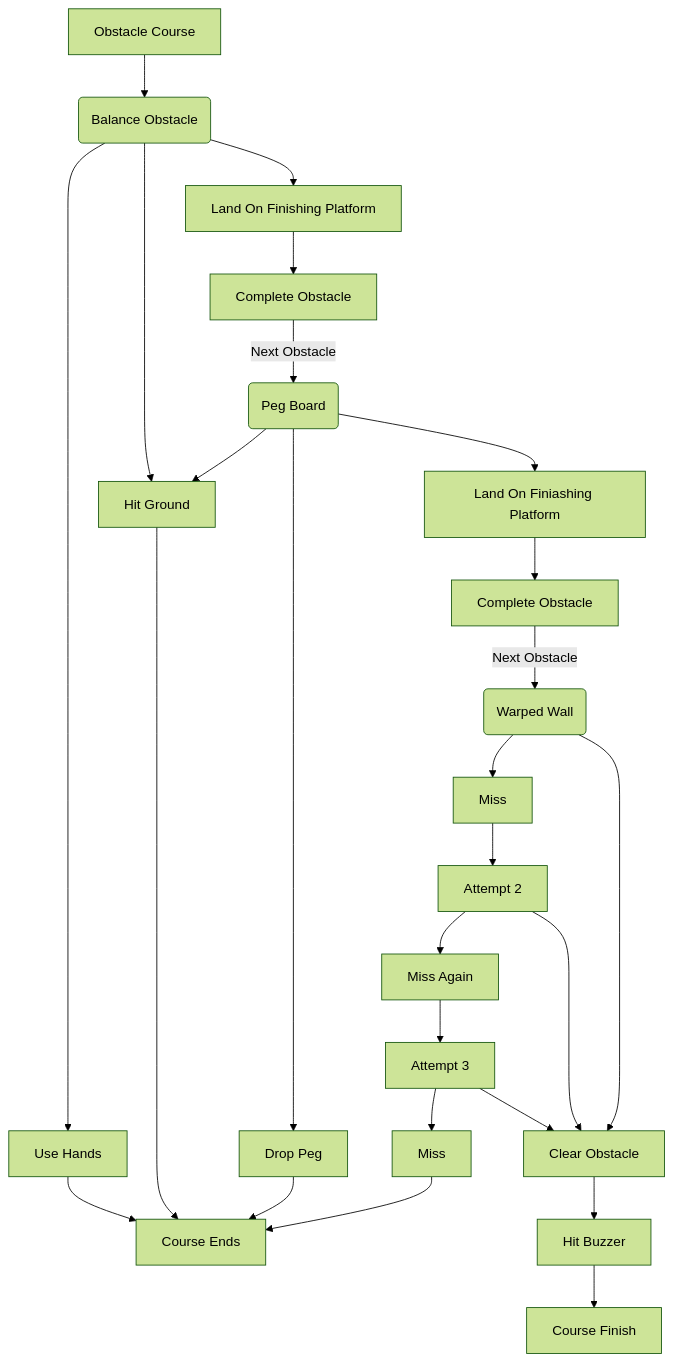
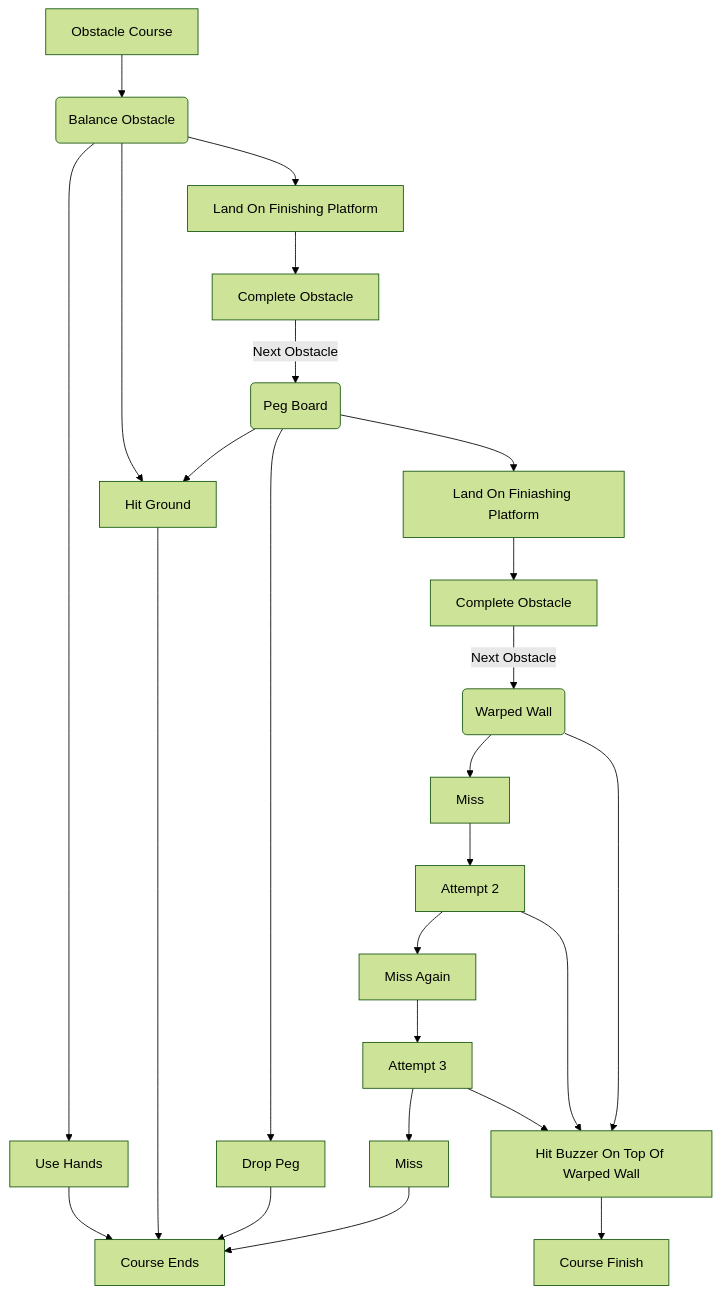
The diagram in README.md (BrandonBThomas/BasicObstacleCourseFlowChart), drawn with Mermaid (forest theme) before and after one commit.

Commit message:
Edit 3
Cleaned up the chart

````diff
--- a/README.md
+++ b/README.md
@@ -3,23 +3,22 @@
 ```mermaid
 flowchart TD
     A[Obstacle Course] --> B(Balance Obstacle)
     B --> C[Use Hands] --> F
     B --> D[Hit Ground] --> F
     B --> E[Land On Finishing Platform] --> G
     F[Course Ends]
     G[Complete Obstacle] -->|Next Obstacle| H(Peg Board)
     H --> D
     H --> J[Drop Peg] --> F
     H --> K[Land On Finiashing Platform] --> L
     L[Complete Obstacle] -->|Next Obstacle| M(Warped Wall)
     M --> N[Miss] --> O
     O[Attempt 2] --> P
     P[Miss Again] --> Q
     Q[Attempt 3] --> R
     R[Miss] --> F
     M --> S
     O --> S
     Q --> S
-    S[Clear Obstacle] --> T[Hit Buzzer]
-    T --> U[Course Finish]
+    S[Hit Buzzer On Top Of Warped Wall] --> T[Course Finish]
 ```
````
